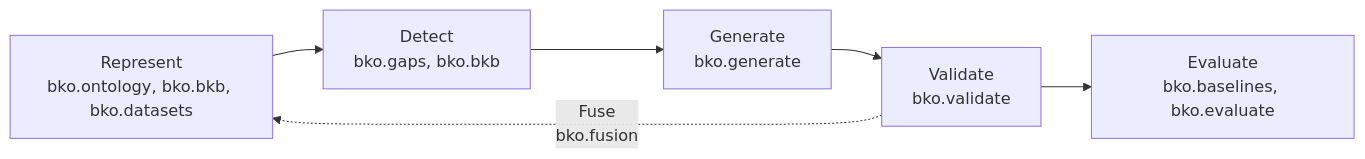
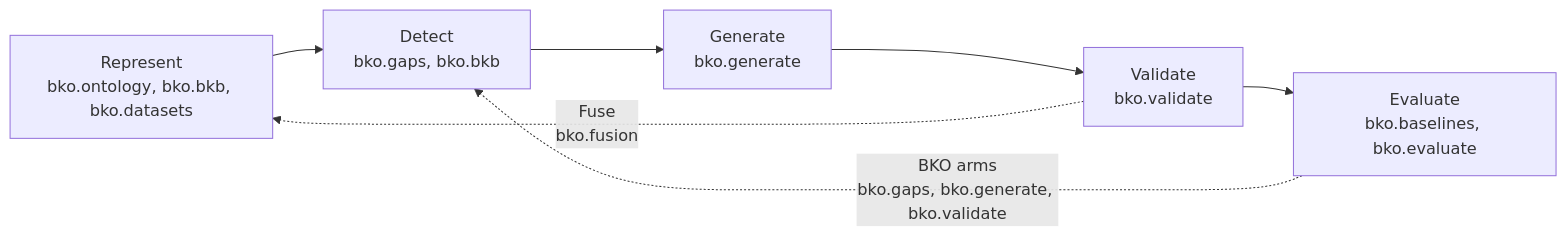
One commit to joe-dartmouth/synthetic changed the diagram in docs/ARCHITECTURE.md. Above: the diagram before and after it, drawn with Mermaid. The commit also changed other lines of this file and 48 other files, not shown here.

First line of the commit message:
Add the BKO arms to E1 and replay paid runs (proposal-final-evaluation) (#19)

````diff
--- a/docs/ARCHITECTURE.md
+++ b/docs/ARCHITECTURE.md
@@ -31,8 +31,9 @@
 ```mermaid
 flowchart LR
     R["Represent<br/>bko.ontology, bko.bkb, bko.datasets"] --> D["Detect<br/>bko.gaps, bko.bkb"]
     D --> G["Generate<br/>bko.generate"]
     G --> V["Validate<br/>bko.validate"]
     V --> E["Evaluate<br/>bko.baselines, bko.evaluate"]
+    E -.->|"BKO arms<br/>bko.gaps, bko.generate, bko.validate"| D
     V -.->|"Fuse<br/>bko.fusion"| R
 ```
````
